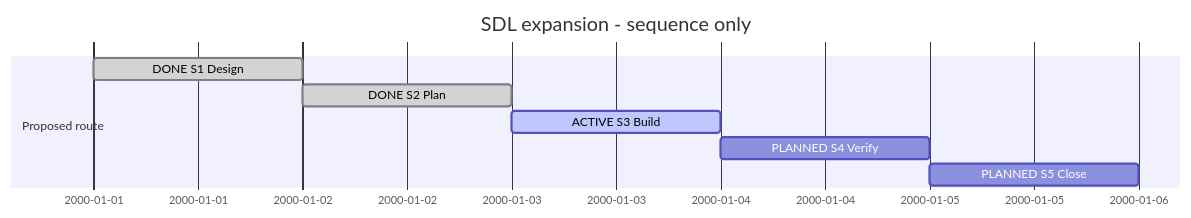
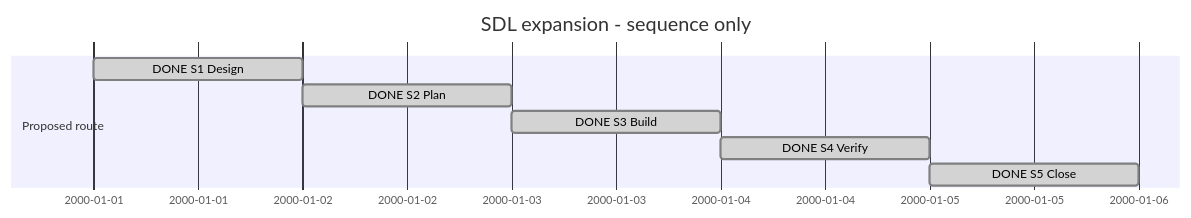
The diagram in SDP/Sessions/session-#0001--SDL_expansion.md (Hans-Einar/SDP), drawn with Mermaid before and after one commit. The commit also changed other lines of this file and 28 other files, not shown here.

Commit message:
SSI3-M1: verify source composition and close Session 0001 with explicit remaining scope

````diff
--- a/SDP/Sessions/session-#0001--SDL_expansion.md
+++ b/SDP/Sessions/session-#0001--SDL_expansion.md
@@ -15,11 +17,11 @@
 ```mermaid
 gantt
     title SDL expansion - sequence only
     dateFormat YYYY-MM-DD
     section Proposed route
     DONE S1 Design :done, s1, 2000-01-01, 1d
     DONE S2 Plan :done, s2, after s1, 1d
-    ACTIVE S3 Build :active, s3, after s2, 1d
-    PLANNED S4 Verify :s4, after s3, 1d
-    PLANNED S5 Close :s5, after s4, 1d
+    DONE S3 Build :done, s3, after s2, 1d
+    DONE S4 Verify :done,s4, after s3, 1d
+    DONE S5 Close :done,s5, after s4, 1d
 ```
````
